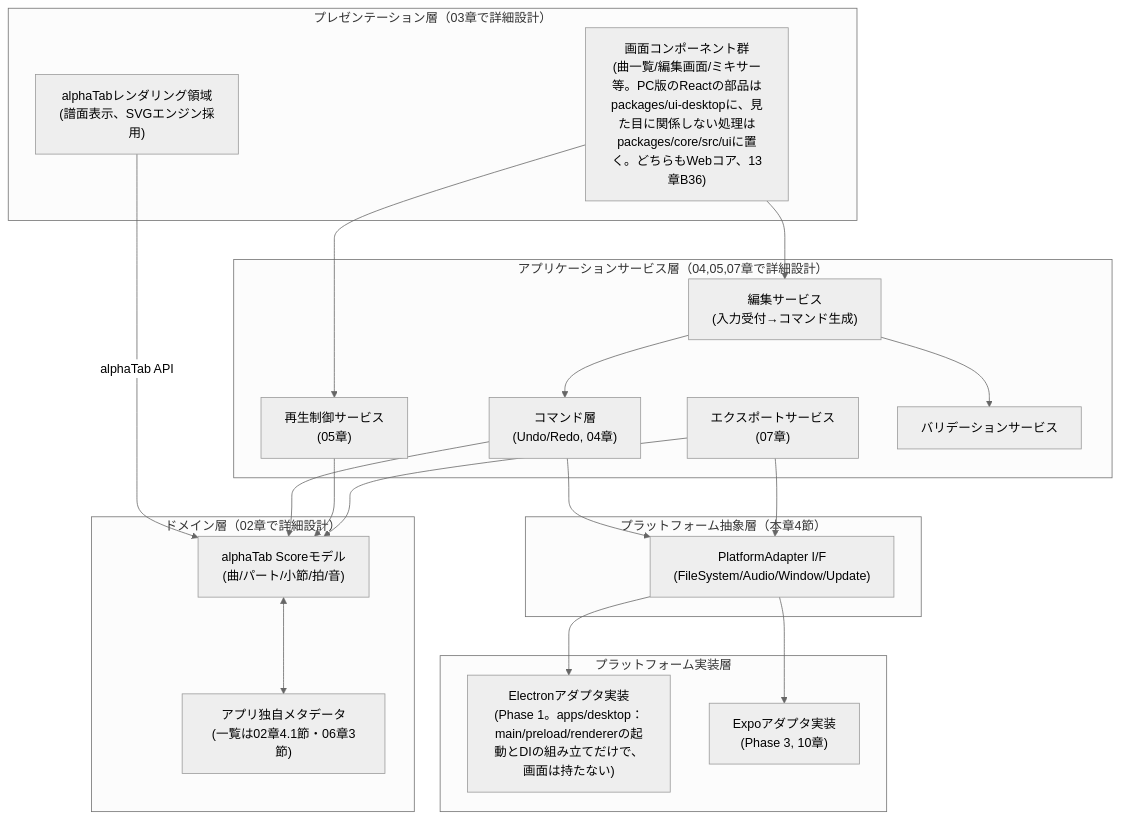
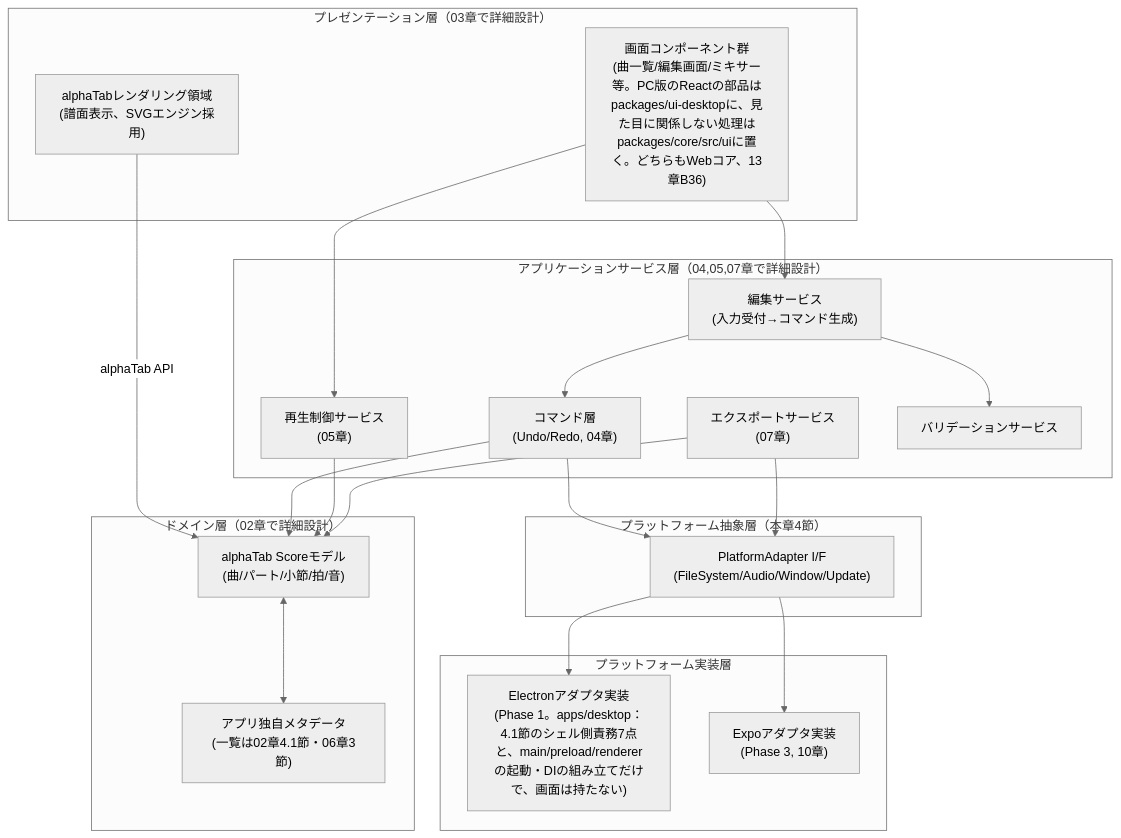
One commit to ippoooooshi/RiFF-LiNE changed the first of 2 diagrams in docs/basic_design/01_architecture.md. Above: the diagram before and after it, drawn with Mermaid (neutral theme). The commit also changed other lines of this file and 2 other files, not shown here.

First line of the commit message:
docs(basic): apps/desktop の仕事をシェル側責務 7 点の形にし、開発用サンプルデータを packages/core/src/testing に置く

````diff
--- a/docs/basic_design/01_architecture.md
+++ b/docs/basic_design/01_architecture.md
@@ -13,38 +13,38 @@
 ```mermaid
 flowchart TB
     subgraph L1["プレゼンテーション層（03章で詳細設計）"]
         SCR["画面コンポーネント群\n(曲一覧/編集画面/ミキサー等。PC版のReactの部品はpackages/ui-desktopに、見た目に関係しない処理はpackages/core/src/uiに置く。どちらもWebコア、13章B36)"]
         REND["alphaTabレンダリング領域\n(譜面表示、SVGエンジン採用)"]
     end
     subgraph L2["アプリケーションサービス層（04,05,07章で詳細設計）"]
         EDITSVC["編集サービス\n(入力受付→コマンド生成)"]
         CMD["コマンド層\n(Undo/Redo, 04章)"]
         PLAYSVC["再生制御サービス\n(05章)"]
         EXPORTSVC["エクスポートサービス\n(07章)"]
         VALID["バリデーションサービス"]
     end
     subgraph L3["ドメイン層（02章で詳細設計）"]
         SCORE["alphaTab Scoreモデル\n(曲/パート/小節/拍/音)"]
         META["アプリ独自メタデータ\n(一覧は02章4.1節・06章3節)"]
     end
     subgraph L4["プラットフォーム抽象層（本章4節）"]
         PADAPT["PlatformAdapter I/F\n(FileSystem/Audio/Window/Update)"]
     end
     subgraph L5["プラットフォーム実装層"]
-        ELECTRON["Electronアダプタ実装\n(Phase 1。apps/desktop：main/preload/rendererの起動とDIの組み立てだけで、画面は持たない)"]
+        ELECTRON["Electronアダプタ実装\n(Phase 1。apps/desktop：4.1節のシェル側責務7点と、main/preload/rendererの起動・DIの組み立てだけで、画面は持たない)"]
         EXPO["Expoアダプタ実装\n(Phase 3, 10章)"]
     end
 
     SCR --> EDITSVC
     SCR --> PLAYSVC
     REND -->|alphaTab API| SCORE
     EDITSVC --> CMD --> SCORE
     EDITSVC --> VALID
     PLAYSVC --> SCORE
     EXPORTSVC --> SCORE
     SCORE <--> META
     CMD --> PADAPT
     EXPORTSVC --> PADAPT
     PADAPT --> ELECTRON
     PADAPT --> EXPO
 ```
````
